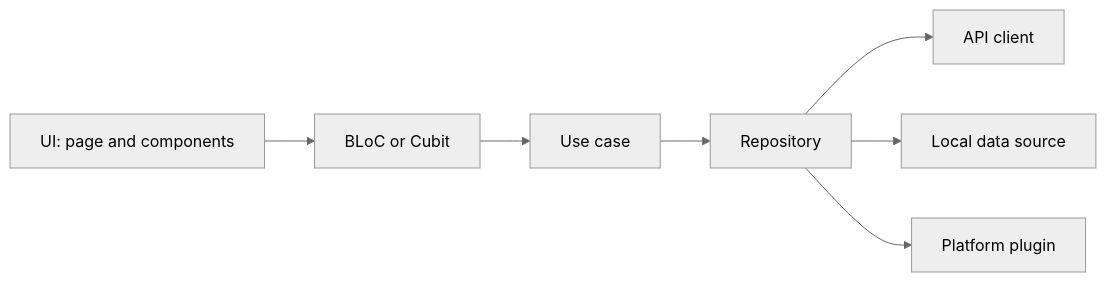
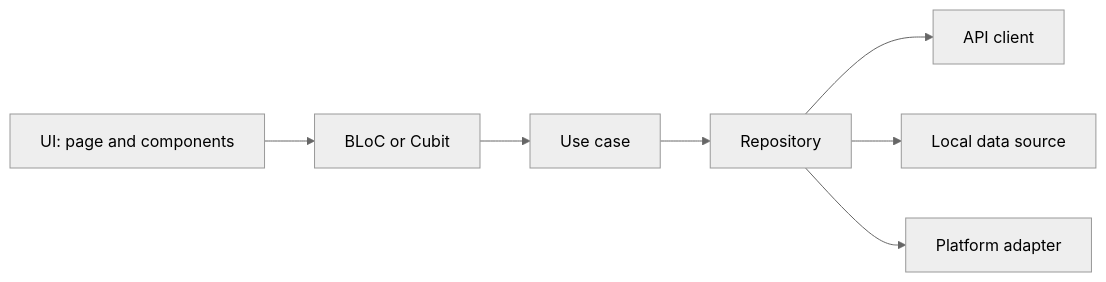
Before and after one commit to fam-tung-lam/ptlam-agent-plugin: the diagram in plugin/skills/ptlam-code-style-flutter/references/architecture.md, drawn with Mermaid (neutral theme). The commit also changed other lines of this file and 57 other files, not shown here.

````diff
--- a/plugin/skills/ptlam-code-style-flutter/references/architecture.md
+++ b/plugin/skills/ptlam-code-style-flutter/references/architecture.md
@@ -10,9 +7,9 @@
 ```mermaid
 flowchart LR
     UserInterface["UI: page and components"] --> StateHolder["BLoC or Cubit"]
     StateHolder --> UseCase["Use case"]
     UseCase --> Repository["Repository"]
     Repository --> ApiClient["API client"]
     Repository --> LocalDataSource["Local data source"]
-    Repository --> PlatformPlugin["Platform plugin"]
+    Repository --> PlatformAdapter["Platform adapter"]
 ```
````
